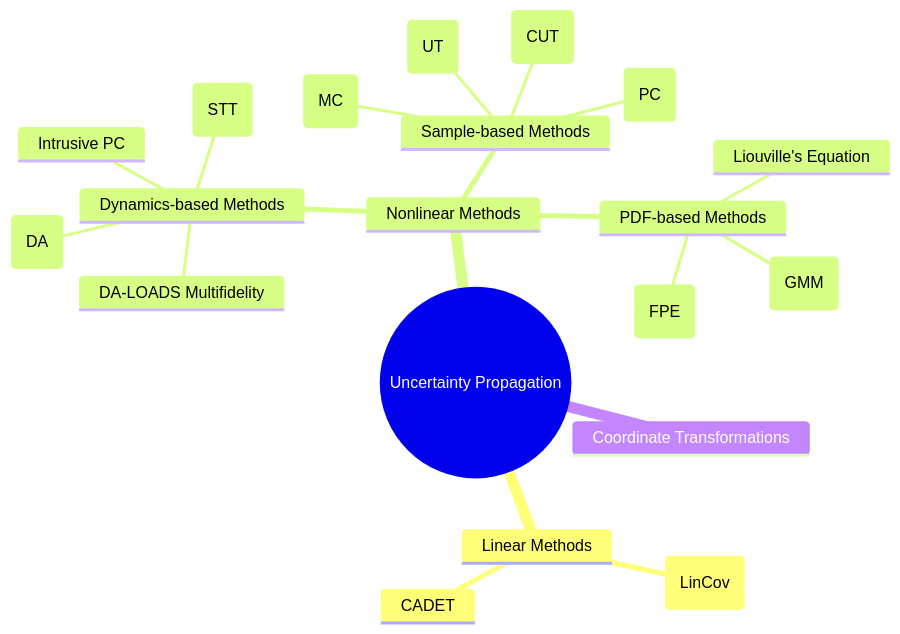
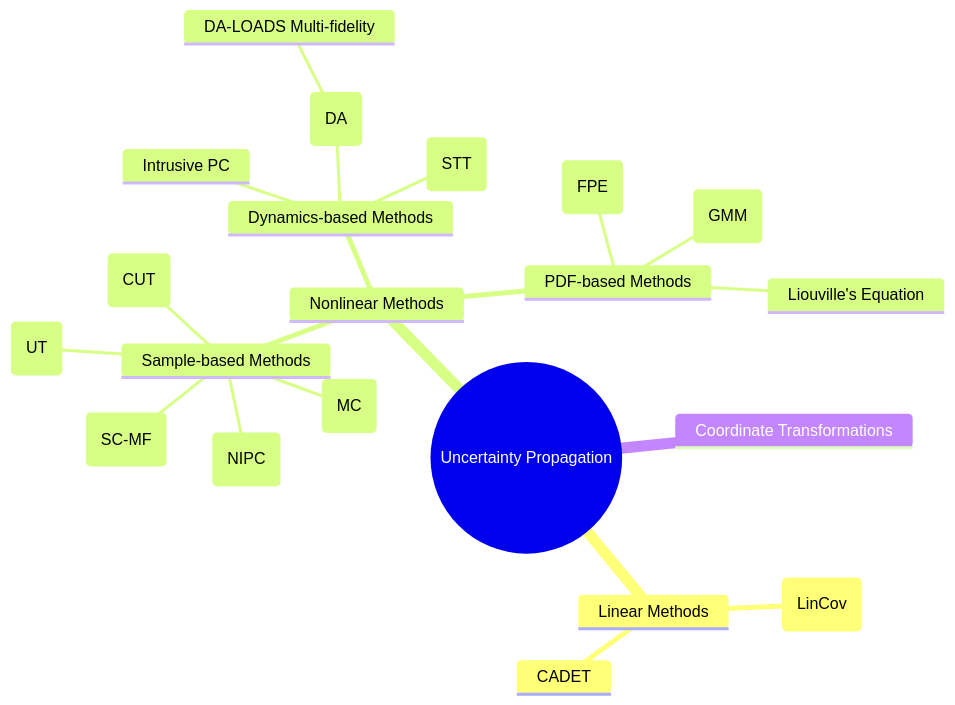
One commit to R16-srihari/Orbital-Uncertainty-Propagation-Literature-Review changed the first of 18 diagrams in docs/index.qmd. Above: the diagram before and after it, drawn with Mermaid. The commit also changed other lines of this file and 6 other files, not shown here.

````diff
--- a/docs/index.qmd
+++ b/docs/index.qmd
@@ -181,23 +181,24 @@
 ```{mermaid size=200%}
 mindmap
   root((Uncertainty Propagation))
     Linear Methods
       Linear Covariance (LinCov)
       CADET
     Nonlinear Methods
       Sample-based Methods
         Monte Carlo (MC)
         Unscented Transform (UT)
         Conjugate Unscented Transform (CUT)
-        Polynomial Chaos (PC)
+        Non-Intrusive Polynomial Chaos (NIPC)
+        Stochastic collocation Multi-fidelity (SC-MF)
       Dynamics-based Methods
         Intrusive PC
         State Transition Tensors (STT)
         Differential Algebra (DA)
-        DA-LOADS Multifidelity
+            DA-LOADS Multi-fidelity
       PDF-based Methods
         Fokker-Planck Equation (FPE)
         Liouville's Equation
         Gaussian Mixture Models (GMM)
     Coordinate Transformations
 ```
````
